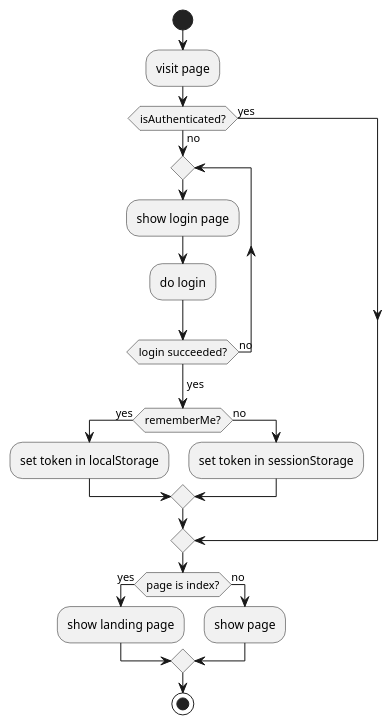
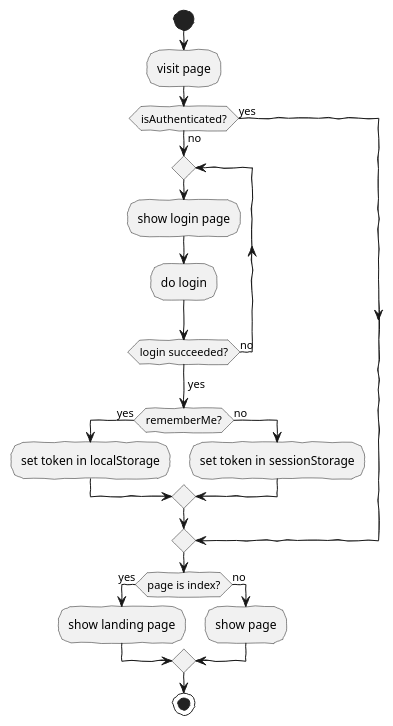
Before and after one commit to dwiyatci/redux-toolkit-login-flow: the diagram in artifacts/login-flow.puml, drawn with PlantUML. The commit also changed 2 other files, not shown here.

Commit message:
🛶 docs: Excalidraw-ify login flowchart

```diff
--- a/artifacts/login-flow.puml
+++ b/artifacts/login-flow.puml
@@ -1,32 +1,37 @@
 @startuml
+'https://plantuml.com/skinparam
+skinparam handwritten true
+'https://virgil.excalidraw.com/
+skinparam defaultFontName Virgil 3 YOFF
+
 start
 
 :visit page;
 if (isAuthenticated?) then (yes)
   'auth.isAuthenticated()
   'token exists in sessionStorage or localStorage?
   'sessionStorage.get(TOKEN_KEY) || localStorage.get(TOKEN_KEY)
   -> ;
 else (no)
   repeat
     :show login page;
     :do login;
     'auth.doLogin(rememberMe)
   repeat while (login succeeded?) is (no)
   -> yes;
   if (rememberMe?) then (yes)
     'auth.rememberMeChecked()
     :set token in localStorage;
   else (no)
     :set token in sessionStorage;
   endif
 endif
 
 if (page is index?) then (yes)
   :show landing page;
 else (no)
   :show page;
 endif
 
 stop
 @enduml
```
